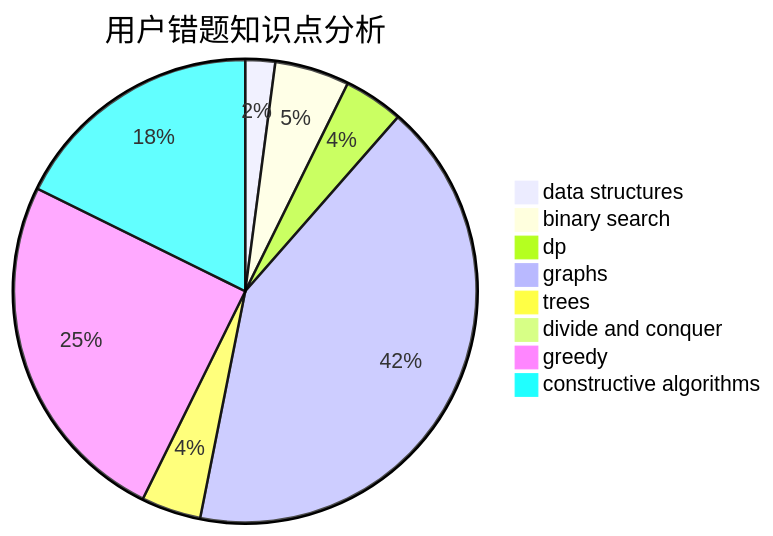
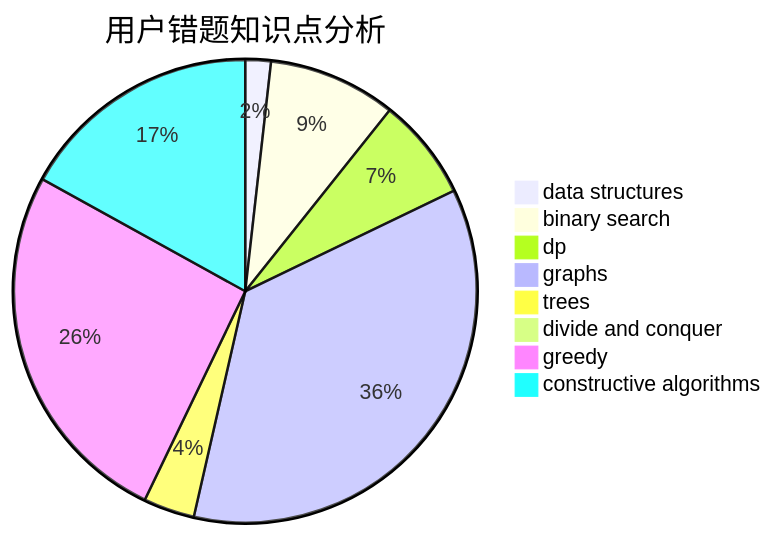
The third of 3 diagrams in docs/user/u1557.md (sherpahu/cfrs.github.io), drawn with Mermaid before and after one commit. The commit also changed other lines of this file and 2770 other files, not shown here.

````diff
--- a/docs/user/u1557.md
+++ b/docs/user/u1557.md
@@ -36,11 +36,11 @@
 ```mermaid
 pie title 用户错题知识点分析
     "data structures" :  2
-    "binary search" :  5
-    "dp" :  4
+    "binary search" :  10
+    "dp" :  8
     "graphs" :  40
     "trees" :  4
     "divide and conquer" :  0
-    "greedy" :  24
-    "constructive algorithms" :  17
+    "greedy" :  29
+    "constructive algorithms" :  19
 ```
````
